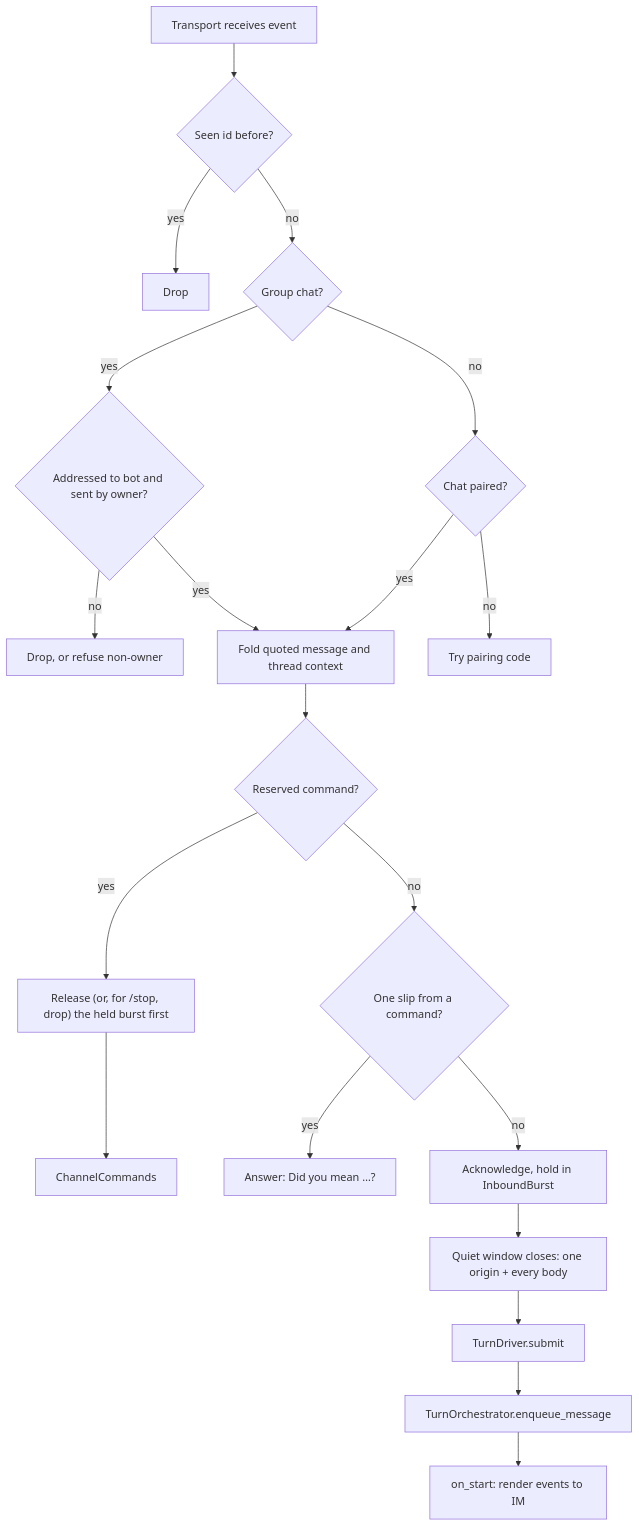
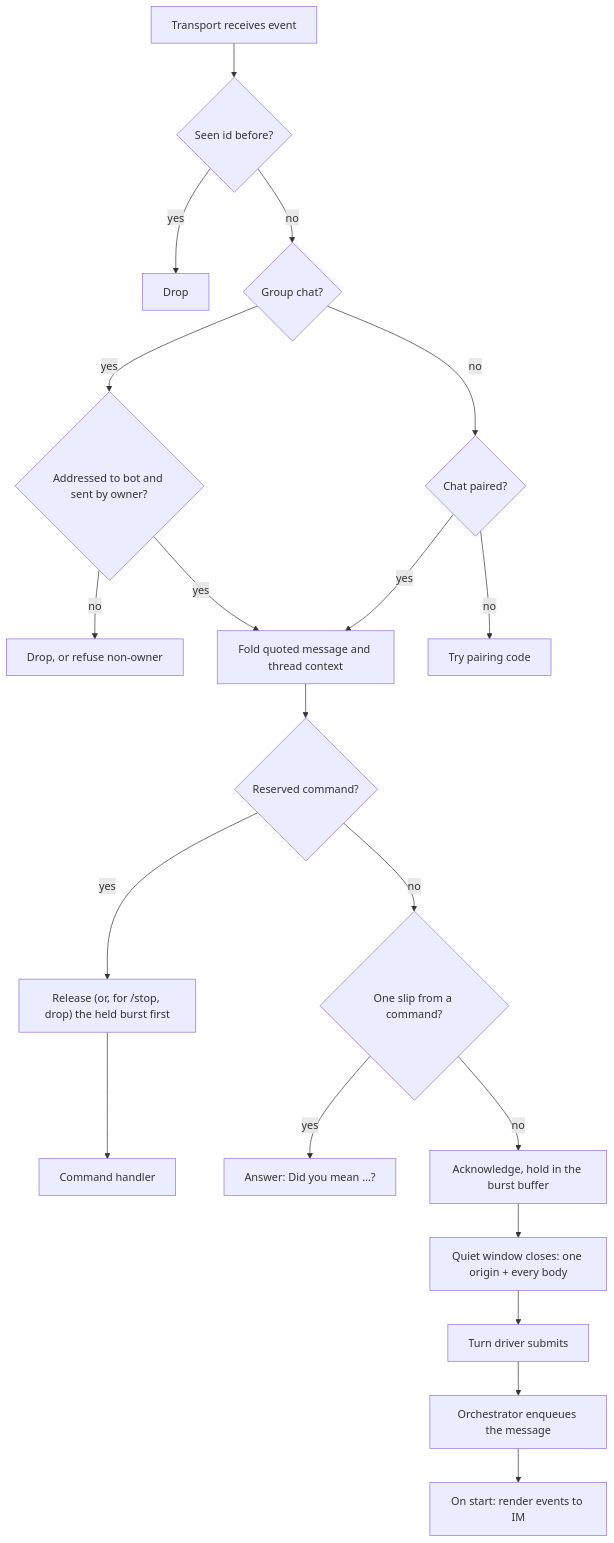
The third of 3 diagrams in docs-site/architecture/chat.md (wyx-sg/Coffer), drawn with Mermaid before and after one commit. The commit also changed other lines of this file and 29 other files, not shown here.

First line of the commit message:
docs(site): explain the architecture in plain terms, without source detail

````diff
--- a/docs-site/architecture/chat.md
+++ b/docs-site/architecture/chat.md
@@ -294,22 +294,22 @@
 ```mermaid
 flowchart TD
     A["Transport receives event"] --> B{"Seen id before?"}
     B -- yes --> X["Drop"]
     B -- no --> C{"Group chat?"}
     C -- yes --> D{"Addressed to bot and sent by owner?"}
     D -- no --> X2["Drop, or refuse non-owner"]
     D -- yes --> F
     C -- no --> E{"Chat paired?"}
     E -- no --> P["Try pairing code"]
     E -- yes --> F["Fold quoted message and thread context"]
     F --> G{"Reserved command?"}
-    H0 --> H["ChannelCommands"]
+    H0 --> H["Command handler"]
     G -- yes --> H0["Release (or, for /stop, drop) the held burst first"]
     G -- no --> T{"One slip from a command?"}
     T -- yes --> TY["Answer: Did you mean …?"]
-    T -- no --> I["Acknowledge, hold in InboundBurst"]
+    T -- no --> I["Acknowledge, hold in the burst buffer"]
     I --> I2["Quiet window closes: one origin + every body"]
-    I2 --> J["TurnDriver.submit"]
-    J --> K["TurnOrchestrator.enqueue_message"]
-    K --> L["on_start: render events to IM"]
+    I2 --> J["Turn driver submits"]
+    J --> K["Orchestrator enqueues the message"]
+    K --> L["On start: render events to IM"]
 ```
````
